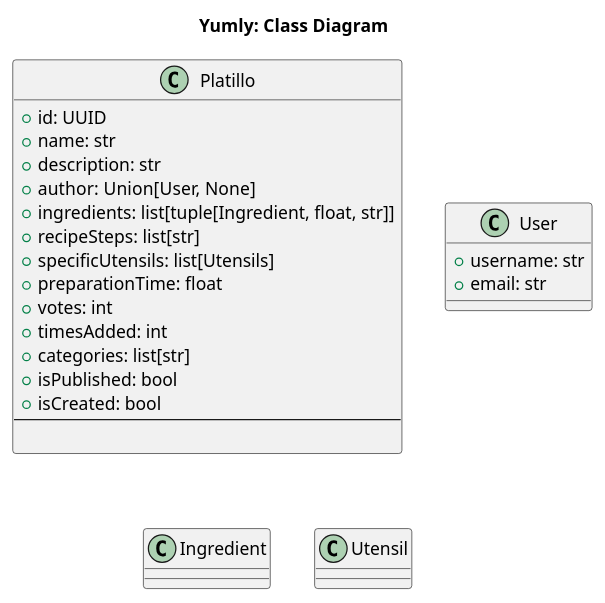
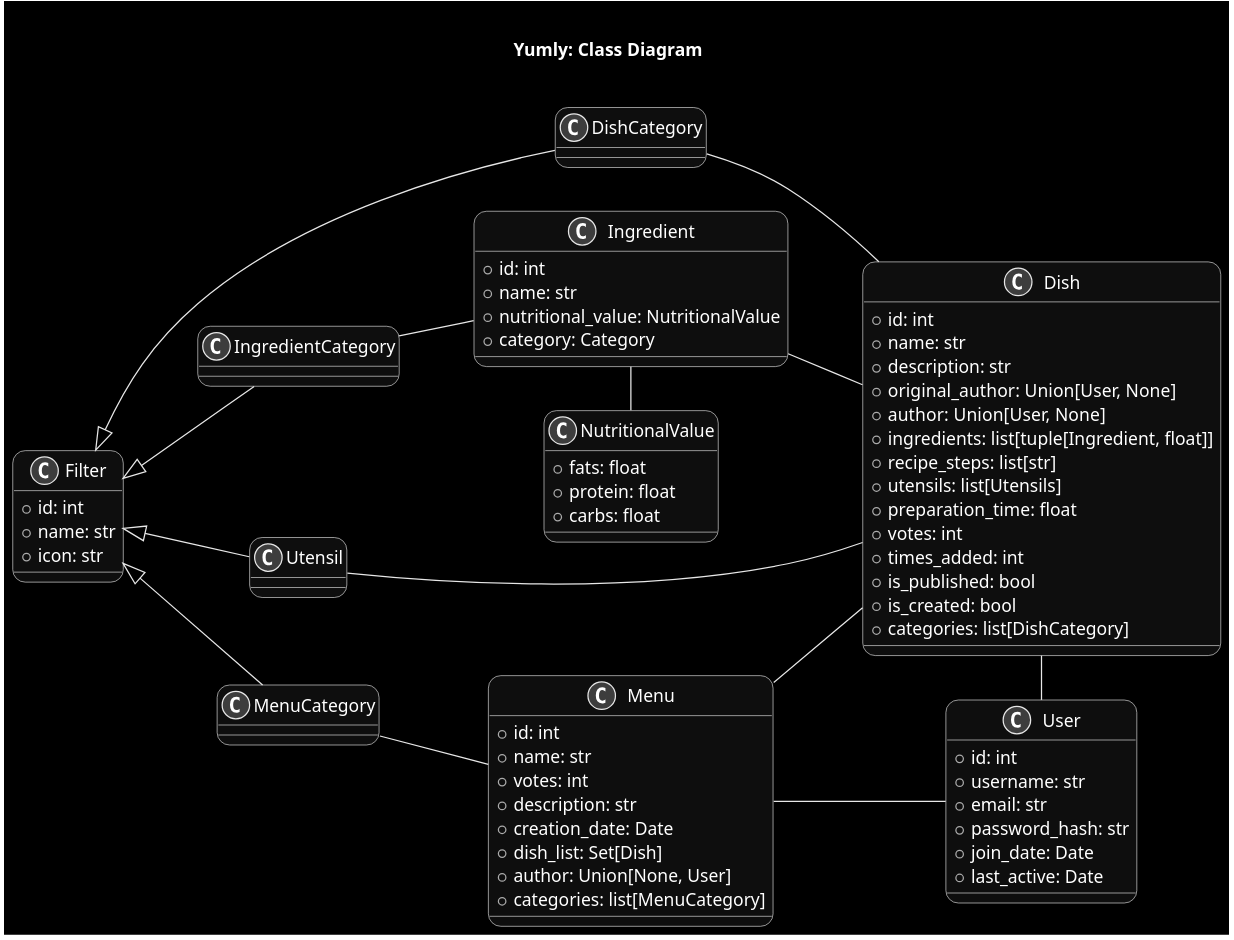
One commit to VashLT/Yumly changed the diagram in Design/yumlyClassDiagram.plantuml. Above: the diagram before and after it, drawn with PlantUML. The commit also changed 1 other file, not shown here.

Commit message:
Updated UML

```diff
--- a/Design/yumlyClassDiagram.plantuml
+++ b/Design/yumlyClassDiagram.plantuml
@@ -1,37 +1,101 @@
 @startuml yumlyClassDiagram
 
-title Yumly: Class Diagram
+title \n Yumly: Class Diagram \n
 
-class Platillo {
-    + id: UUID
+left to right direction
+skinparam monochrome reverse
+skinparam roundcorner 20
+
+class Menu {
+    + id: int
+    + name: str
+    + votes: int
+    + description: str
+    + creation_date: Date
+    + dish_list: Set[Dish]
+    + author: Union[None, User]
+    + categories: list[MenuCategory]
+}
+
+class Dish {
+    + id: int
     + name: str
     + description: str
+    + original_author: Union[User, None]
     + author: Union[User, None]
-    + ingredients: list[tuple[Ingredient, float, str]]
-    + recipeSteps: list[str]
-    + specificUtensils: list[Utensils]
-    + preparationTime: float
+    + ingredients: list[tuple[Ingredient, float]]
+    + recipe_steps: list[str]
+    + utensils: list[Utensils]
+    + preparation_time: float
     + votes: int
-    + timesAdded: int
-    + categories: list[str]
-    + isPublished: bool
-    + isCreated: bool
-    ---
-    
+    + times_added: int
+    + is_published: bool
+    + is_created: bool
+    + categories: list[DishCategory]
 }
 
 class User {
-    +username: str
-    +email: str
+    + id: int
+    + username: str
+    + email: str
+    + password_hash: str
+    + join_date: Date
+    + last_active: Date
 }
 
 class Ingredient {
+    + id: int
+    + name: str
+    + nutritional_value: NutritionalValue
+    + category: Category
+}
+
+class NutritionalValue {
+    + fats: float
+    + protein: float
+    + carbs: float
+}
+
+class Filter {
+    +id: int
+    +name: str
+    +icon: str
+}
+
+class DishCategory {
+
+}
+
+class IngredientCategory {
 
 }
 
 class Utensil {
 
 }
 
+class MenuCategory {
+
+}
+
+
+' Relationships
+
+MenuCategory -- Menu
+Utensil -- Dish
+DishCategory -- Dish
+
+Menu -- User
+Menu -- Dish
+Dish -Right- User
+
+IngredientCategory -- Ingredient
+Dish -Left- Ingredient
+Ingredient -Right- NutritionalValue
+
+Filter <|-- IngredientCategory
+Filter <|-- DishCategory
+Filter <|-- MenuCategory
+Filter <|-- Utensil
 
 @enduml
```
